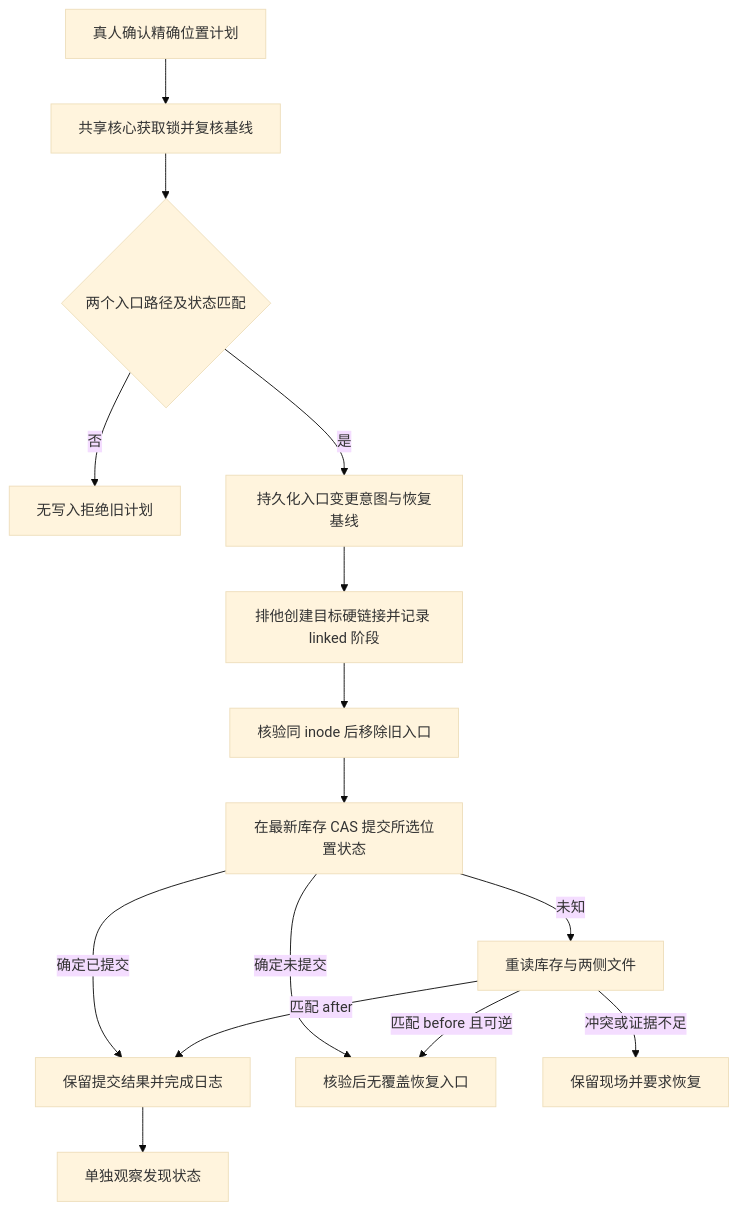
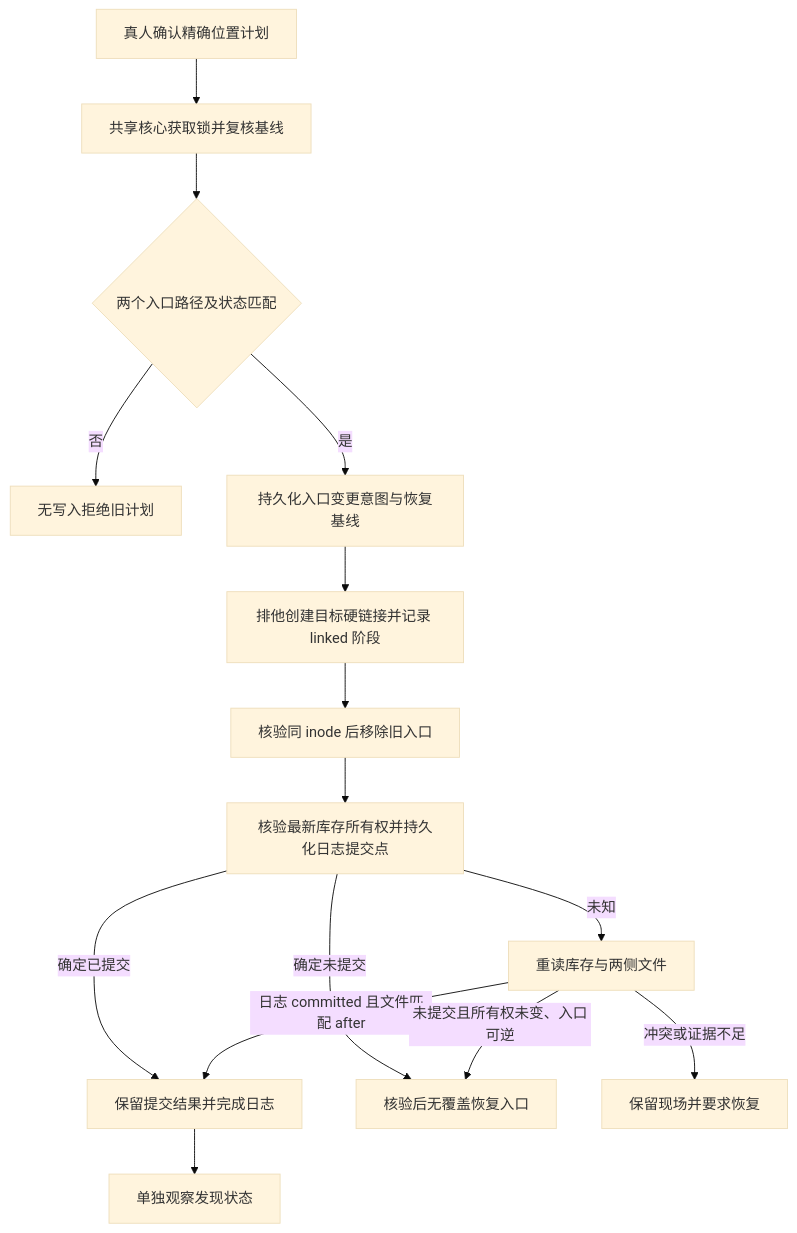
One commit to brandonfang06/skillhub-security changed the diagram in openspec/changes/add-dsh-native-plugin/skill-toggle-design.md. Above: the diagram before and after it, drawn with Mermaid (base theme). The commit also changed other lines of this file and 51 other files, not shown here.

````diff
--- a/openspec/changes/add-dsh-native-plugin/skill-toggle-design.md
+++ b/openspec/changes/add-dsh-native-plugin/skill-toggle-design.md
@@ -56,17 +56,17 @@
 ```mermaid
 flowchart TD
   A[真人确认精确位置计划] --> B[共享核心获取锁并复核基线]
   B --> C{两个入口路径及状态匹配}
   C -->|否| D[无写入拒绝旧计划]
   C -->|是| E[持久化入口变更意图与恢复基线]
   E --> F[排他创建目标硬链接并记录 linked 阶段]
   F --> F2[核验同 inode 后移除旧入口]
-  F2 --> G[在最新库存 CAS 提交所选位置状态]
+  F2 --> G[核验最新库存所有权并持久化日志提交点]
   G -->|确定已提交| H[保留提交结果并完成日志]
   G -->|确定未提交| I[核验后无覆盖恢复入口]
   G -->|未知| J[重读库存与两侧文件]
-  J -->|匹配 after| H
-  J -->|匹配 before 且可逆| I
+  J -->|日志 committed 且文件匹配 after| H
+  J -->|未提交且所有权未变、入口可逆| I
   J -->|冲突或证据不足| K[保留现场并要求恢复]
   H --> L[单独观察发现状态]
 ```
````
